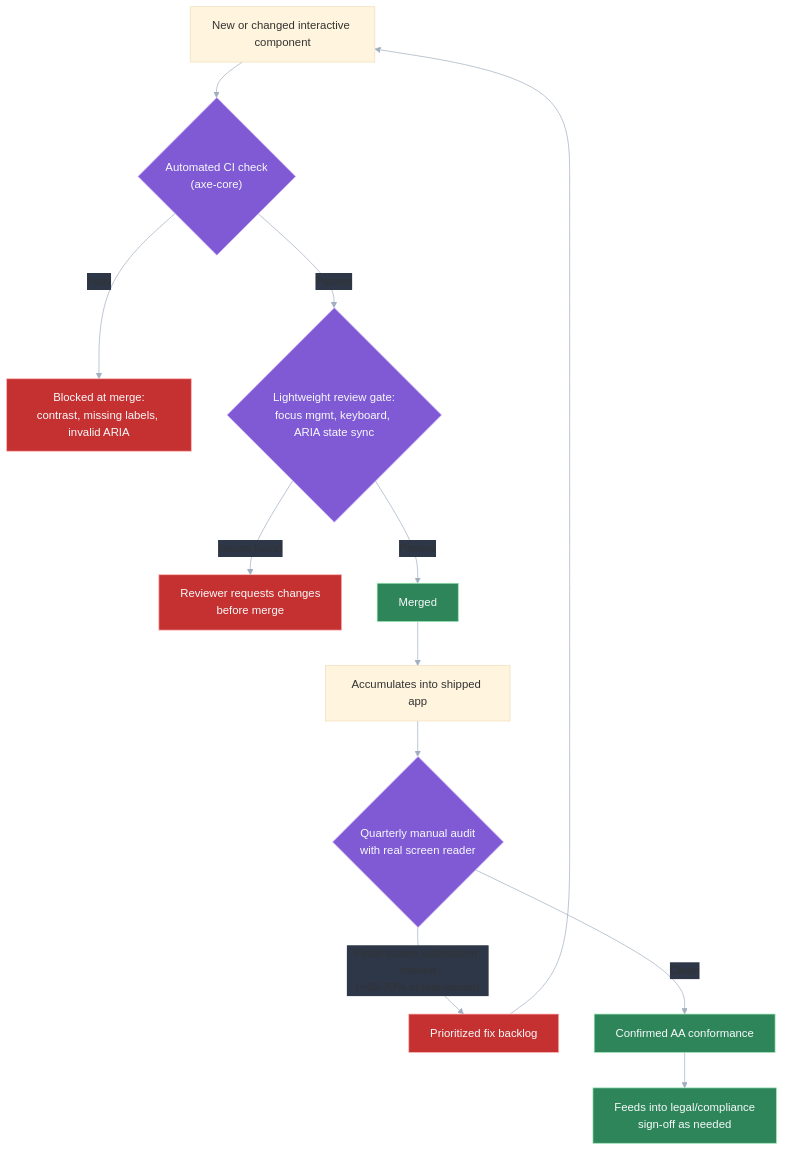
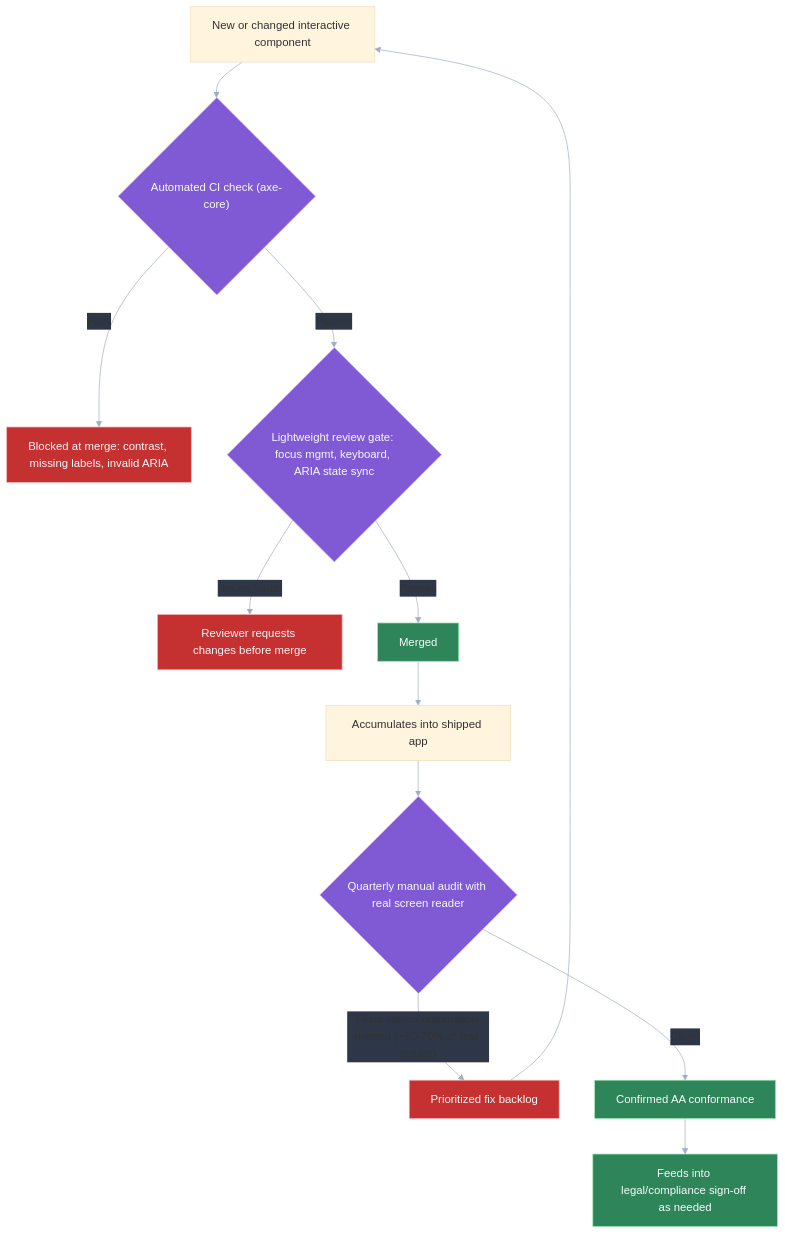
One commit to vinayakhumberi/litmus changed the second of 2 diagrams in data/topics/accessibility-scale.md. Above: the diagram before and after it, drawn with Mermaid. The commit also changed 68 other files, not shown here.

````diff
--- a/data/topics/accessibility-scale.md
+++ b/data/topics/accessibility-scale.md
@@ -123,23 +123,23 @@
 ```mermaid
 %%{init: {"theme": "base", "themeVariables": {"lineColor": "#a0aec0", "edgeLabelBackground": "#2d3748", "textColor": "#f7fafc"}}}%%
 graph TD
-    A["New or changed interactive component"] --> B{"Automated CI check<br>(axe-core)"}
-    B -- "Fails" --> C["Blocked at merge:<br>contrast, missing labels, invalid ARIA"]
-    B -- "Passes" --> D{"Lightweight review gate:<br>focus mgmt, keyboard, ARIA state sync"}
-    D -- "Issues found" --> E["Reviewer requests changes<br>before merge"]
+    A["New or changed interactive component"] --> B{"Automated CI check (axe-core)"}
+    B -- "Fails" --> C["Blocked at merge: contrast, missing labels, invalid ARIA"]
+    B -- "Passes" --> D{"Lightweight review gate: focus mgmt, keyboard, ARIA state sync"}
+    D -- "Issues found" --> E["Reviewer requests changes before merge"]
     D -- "Passes" --> F["Merged"]
     F --> G["Accumulates into shipped app"]
-    G --> H{"Quarterly manual audit<br>with real screen reader"}
-    H -- "Finds issues automation missed<br>(~60-70% of real issues)" --> I["Prioritized fix backlog"]
+    G --> H{"Quarterly manual audit with real screen reader"}
+    H -- "Finds issues automation missed (~60-70% of real issues)" --> I["Prioritized fix backlog"]
     H -- "Clean" --> J["Confirmed AA conformance"]
     I --> A
-    J --> K["Feeds into legal/compliance<br>sign-off as needed"]
+    J --> K["Feeds into legal/compliance sign-off as needed"]
 
     classDef gate fill:#805ad5,stroke:#d6bcfa,color:#f7fafc
     classDef risk fill:#c53030,stroke:#feb2b2,color:#f7fafc
     classDef safe fill:#2f855a,stroke:#9ae6b4,color:#f7fafc
 
     class B,D,H gate
     class C,E,I risk
     class F,J,K safe
 ```
````
